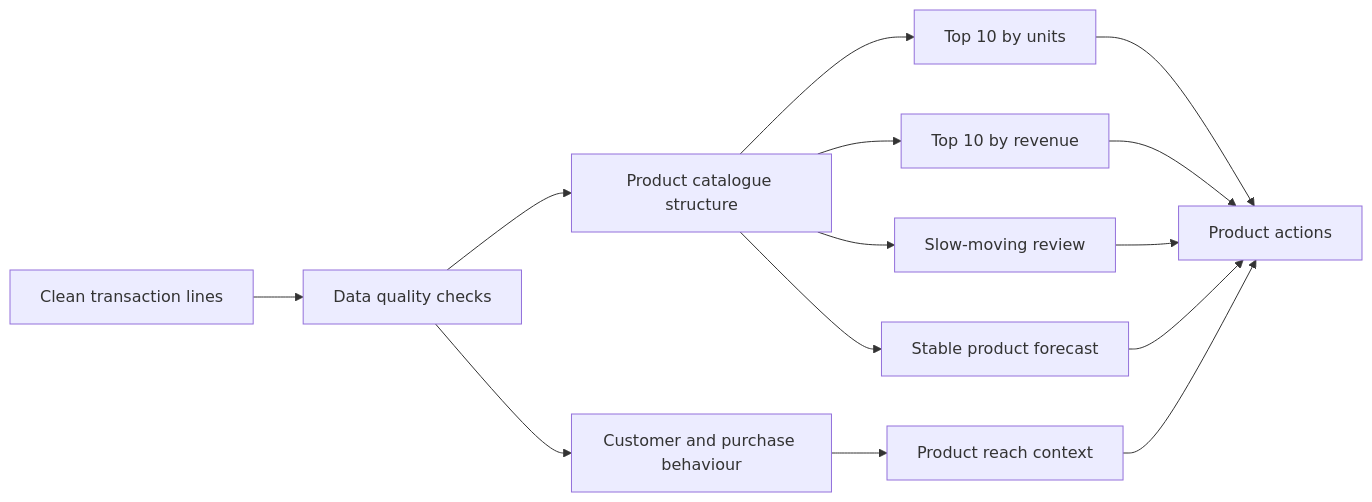
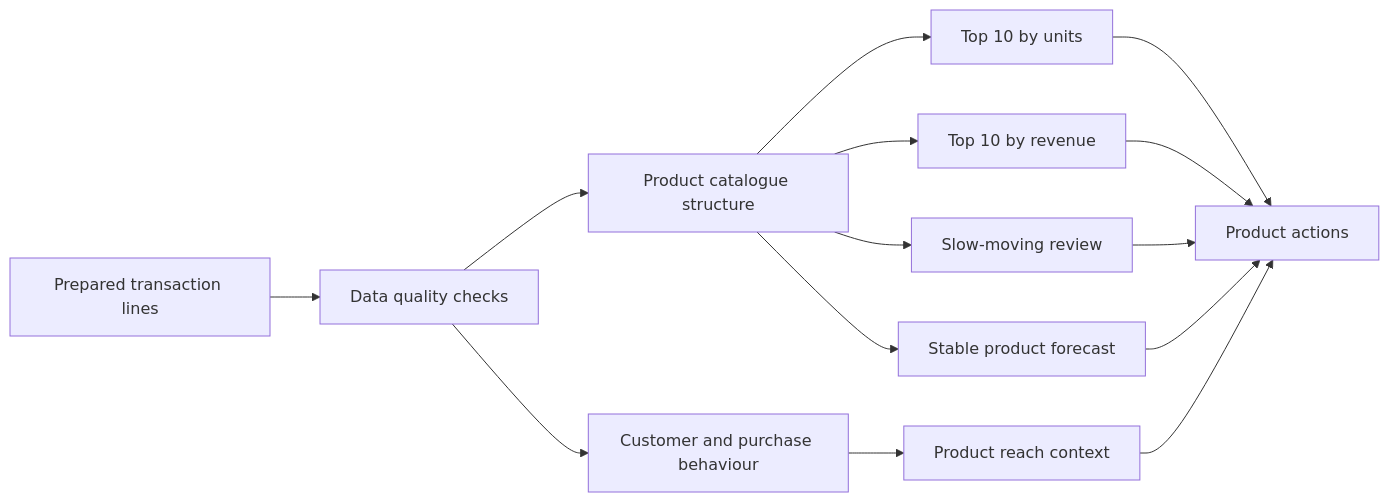
One commit to Kaidxc/customer-retention-sql-dashboard changed the diagram in README.md. Above: the diagram before and after it, drawn with Mermaid. The commit also changed other lines of this file and 3 other files, not shown here.

````diff
--- a/README.md
+++ b/README.md
@@ -211,16 +197,16 @@
 ```mermaid
 flowchart LR
-    A[Clean transaction lines] --> B[Data quality checks]
+    A[Prepared transaction lines] --> B[Data quality checks]
     B --> C[Product catalogue structure]
     B --> D[Customer and purchase behaviour]
     C --> E[Top 10 by units]
     C --> F[Top 10 by revenue]
     D --> G[Product reach context]
     E --> H[Product actions]
     F --> H
     G --> H
     C --> I[Slow-moving review]
     C --> J[Stable product forecast]
     I --> H
     J --> H
 ```
````
